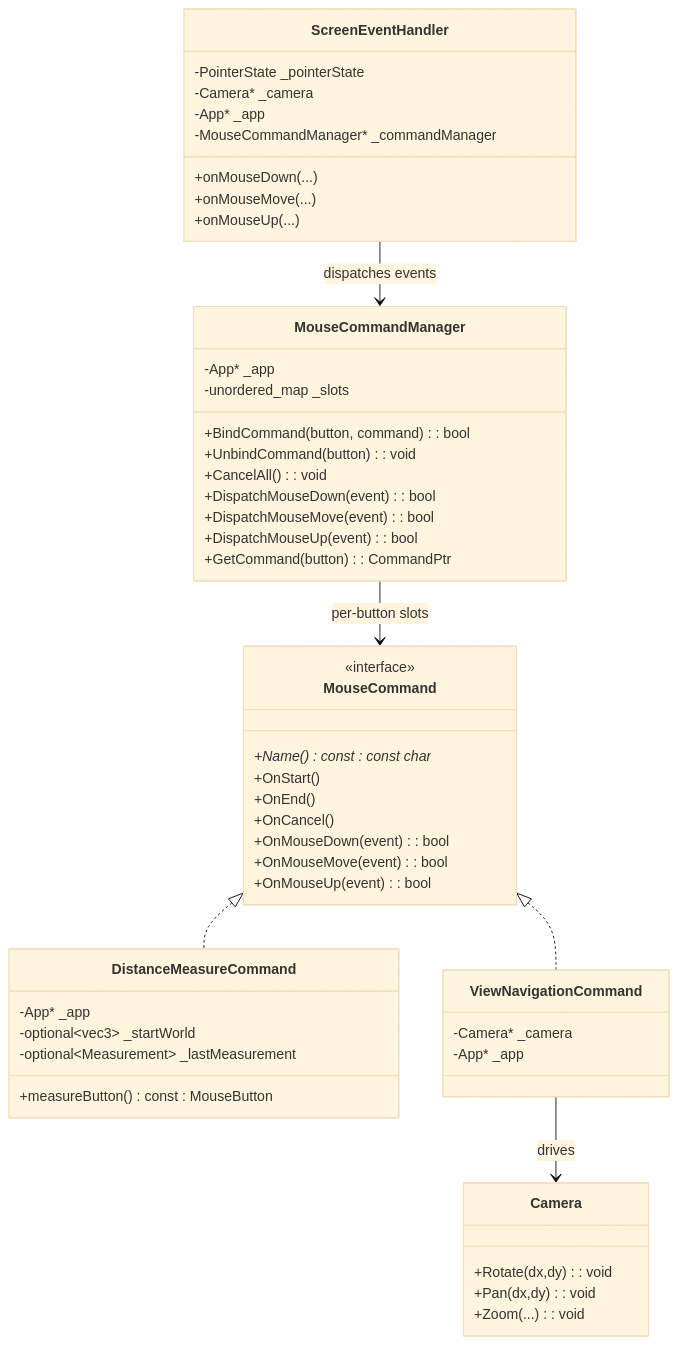
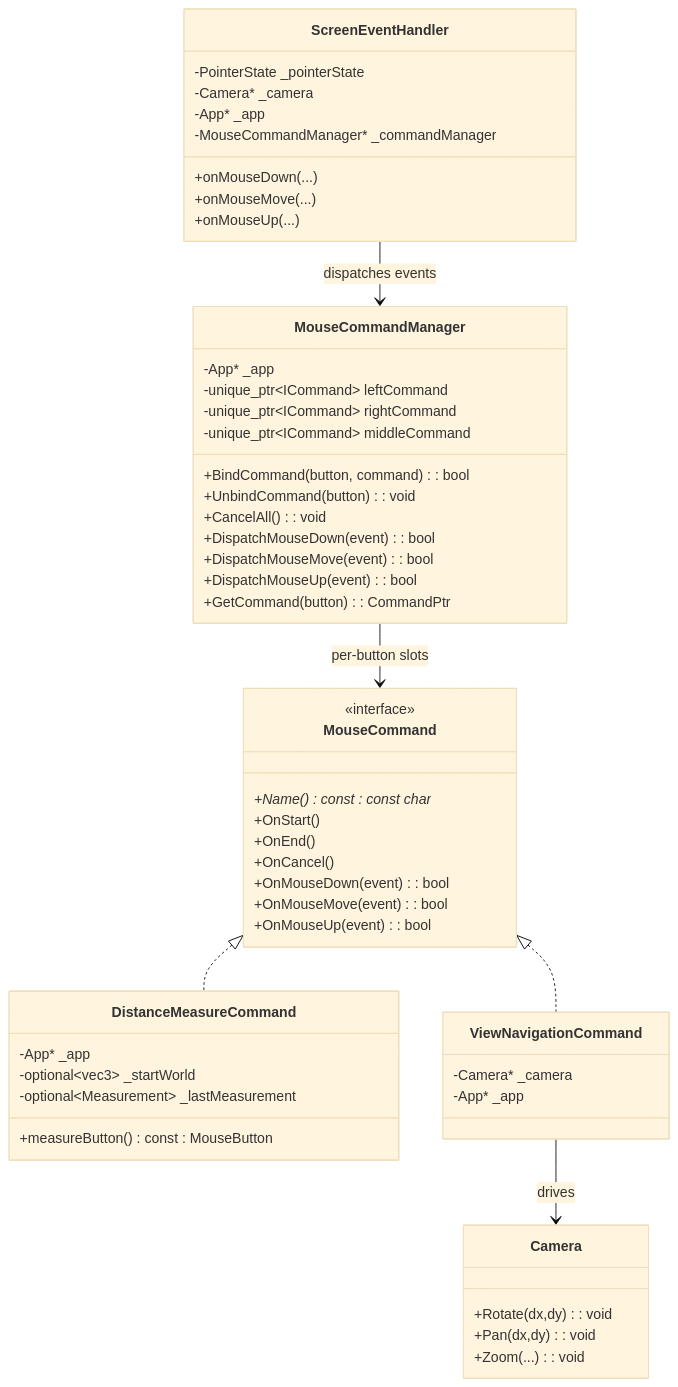
The second of 2 diagrams in GraphV3.md (vfa-khaidt1/vfa-cdn), drawn with Mermaid (base theme) before and after one commit.

````diff
--- a/GraphV3.md
+++ b/GraphV3.md
@@ -38,61 +38,63 @@
 ```mermaid
 classDiagram
     class ScreenEventHandler {
         -PointerState _pointerState
         -Camera* _camera
         -App* _app
         -MouseCommandManager* _commandManager
         +onMouseDown(...)
         +onMouseMove(...)
         +onMouseUp(...)
     }
 
     class MouseCommand {
         <<interface>>
         +Name() const : const char*
         +OnStart()
         +OnEnd()
         +OnCancel()
         +OnMouseDown(event): bool
         +OnMouseMove(event): bool
         +OnMouseUp(event): bool
     }
 
     class MouseCommandManager {
         -App* _app
-        -unordered_map<MouseButton,CommandPtr,MouseButtonHash> _slots
+        -unique_ptr~ICommand~ leftCommand
+        -unique_ptr~ICommand~ rightCommand
+        -unique_ptr~ICommand~ middleCommand
         +BindCommand(button, command): bool
         +UnbindCommand(button): void
         +CancelAll(): void
         +DispatchMouseDown(event): bool
         +DispatchMouseMove(event): bool
         +DispatchMouseUp(event): bool
         +GetCommand(button): CommandPtr
     }
 
     class DistanceMeasureCommand {
         -App* _app
         -optional~vec3~ _startWorld
         -optional~Measurement~ _lastMeasurement
         +measureButton() const : MouseButton
     }
 
     class ViewNavigationCommand {
         -Camera* _camera
         -App* _app
     }
 
     class Camera {
         +Rotate(dx,dy): void
         +Pan(dx,dy): void
         +Zoom(...): void
     }
 
     MouseCommand <|.. DistanceMeasureCommand
     MouseCommand <|.. ViewNavigationCommand
 
     ScreenEventHandler --> MouseCommandManager : dispatches events
     MouseCommandManager --> MouseCommand : per-button slots
     ViewNavigationCommand --> Camera : drives
 
 ```
````
